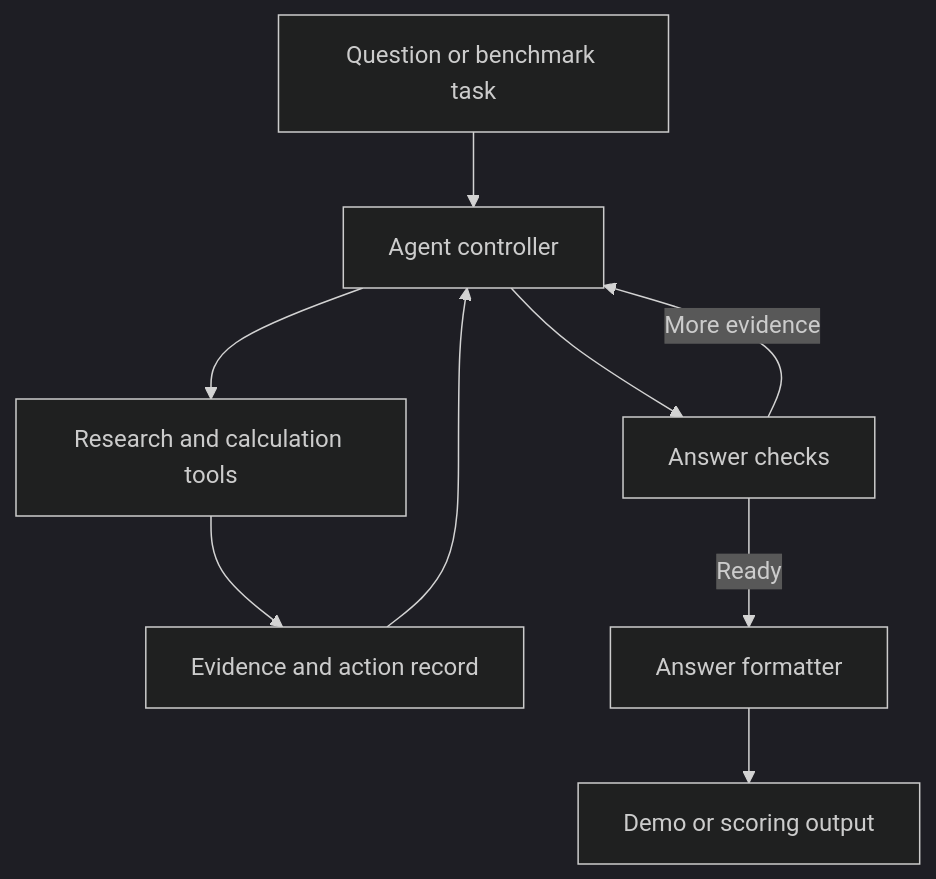
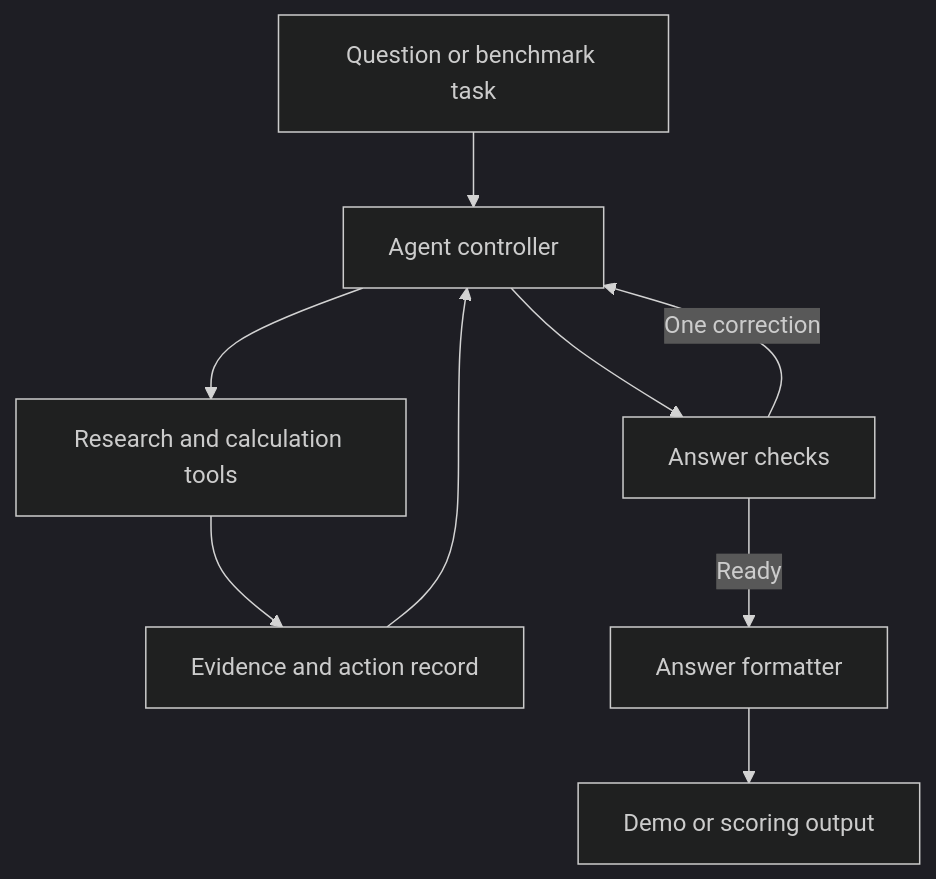
One commit to HabibShouman/TraceAgent changed the diagram in docs/system_design.md. Above: the diagram before and after it, drawn with Mermaid (dark theme). The commit also changed other lines of this file and 9 other files, not shown here.

Commit message:
Add one budgeted citation correction and record a successful live PDF research run

````diff
--- a/docs/system_design.md
+++ b/docs/system_design.md
@@ -39,11 +39,11 @@
 ```mermaid
 flowchart TD
     Q["Question or benchmark task"] --> A["Agent controller"]
     A --> T["Research and calculation tools"]
     T --> E["Evidence and action record"]
     E --> A
     A --> V["Answer checks"]
-    V -->|More evidence| A
+    V -->|One correction| A
     V -->|Ready| F["Answer formatter"]
     F --> O["Demo or scoring output"]
 ```
````
